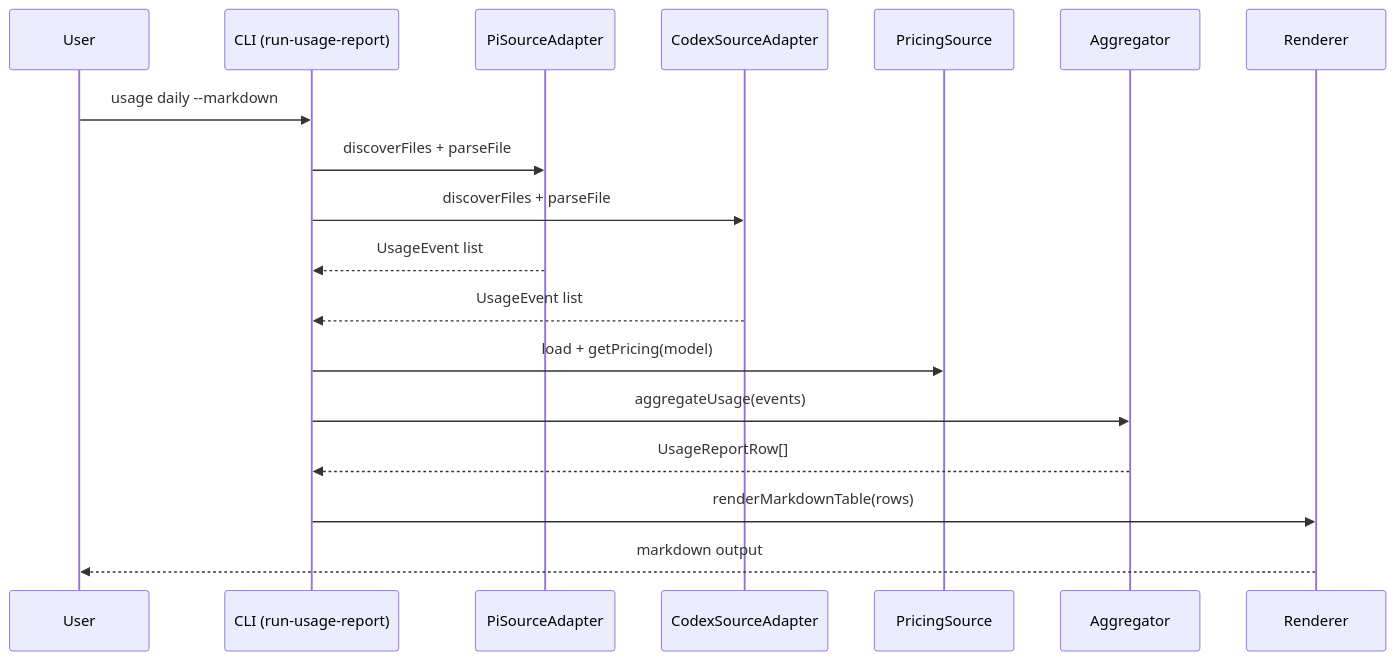
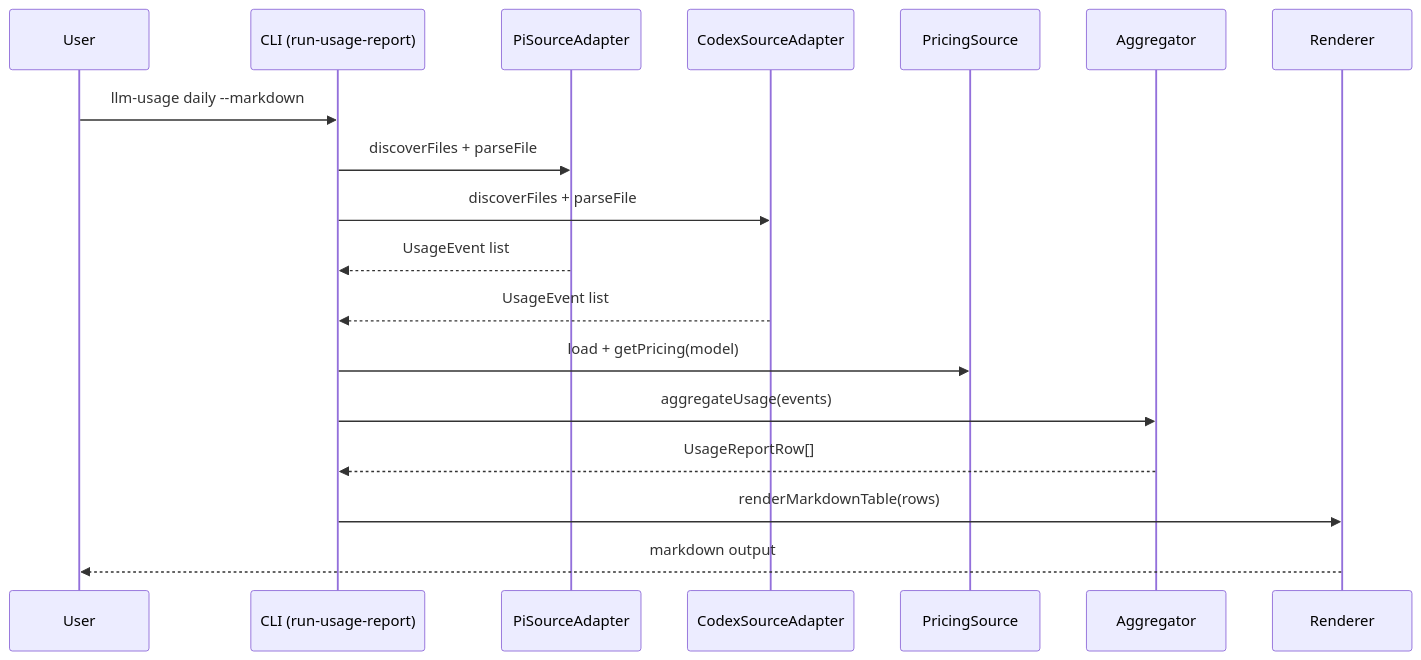
The second of 2 diagrams in docs/architecture.md (ben-vargas/ai-llm-usage-metrics), drawn with Mermaid before and after one commit. The commit also changed 14 other files, not shown here.

Commit message:
feat(tooling): add coverage CI, release-it setup, and llm-usage CLI

````diff
--- a/docs/architecture.md
+++ b/docs/architecture.md
@@ -26,21 +26,21 @@
 ```mermaid
 sequenceDiagram
     participant User
     participant CLI as CLI (run-usage-report)
     participant PI as PiSourceAdapter
     participant CX as CodexSourceAdapter
     participant PR as PricingSource
     participant AG as Aggregator
     participant RD as Renderer
 
-    User->>CLI: usage daily --markdown
+    User->>CLI: llm-usage daily --markdown
     CLI->>PI: discoverFiles + parseFile
     CLI->>CX: discoverFiles + parseFile
     PI-->>CLI: UsageEvent list
     CX-->>CLI: UsageEvent list
     CLI->>PR: load + getPricing(model)
     CLI->>AG: aggregateUsage(events)
     AG-->>CLI: UsageReportRow[]
     CLI->>RD: renderMarkdownTable(rows)
     RD-->>User: markdown output
 ```
````
